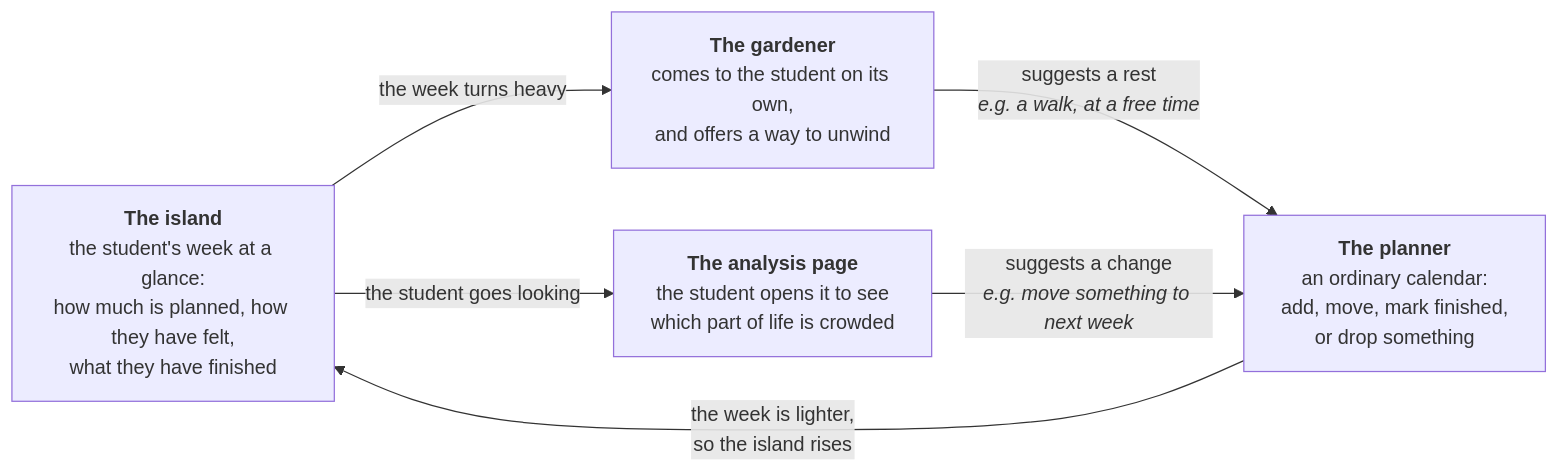
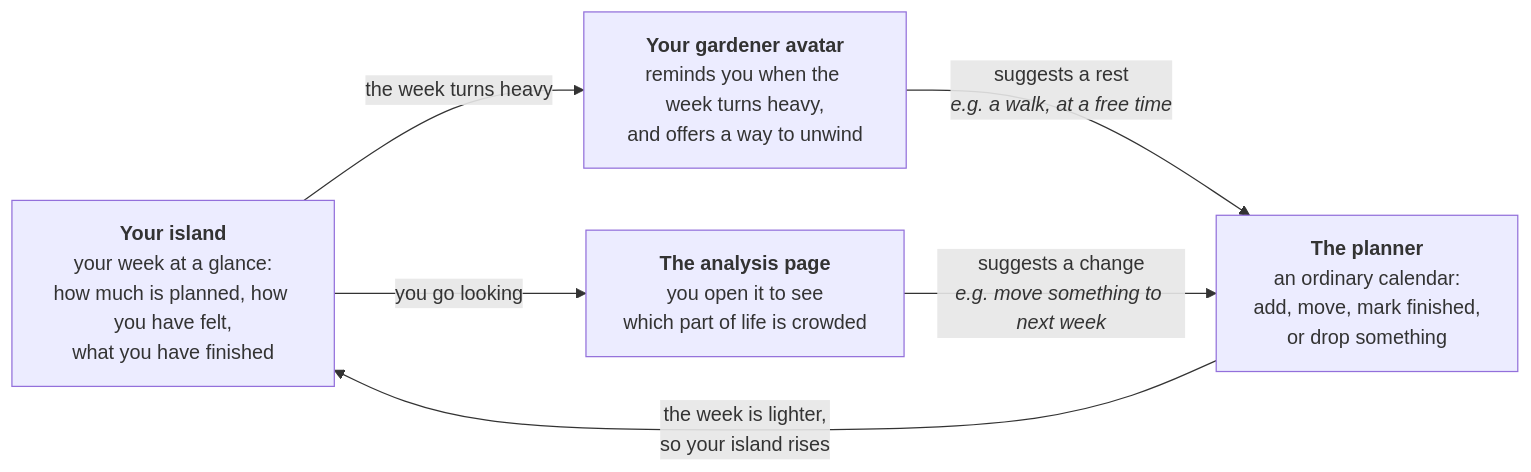
Before and after one commit to 25006675-png/Island_life: the first of 3 diagrams in README.md, drawn with Mermaid. The commit also changed other lines of this file, not shown here.

Commit message:
The loop speaks to the reader, matching the section around it

````diff
--- a/README.md
+++ b/README.md
@@ -314,13 +314,13 @@
 ```mermaid
 flowchart LR
-    Island["<b>The island</b><br/>the student's week at a glance:<br/>how much is planned, how they have felt,<br/>what they have finished"]
-    Gardener["<b>The gardener</b><br/>comes to the student on its own,<br/>and offers a way to unwind"]
-    Balance["<b>The analysis page</b><br/>the student opens it to see<br/>which part of life is crowded"]
+    Island["<b>Your island</b><br/>your week at a glance:<br/>how much is planned, how you have felt,<br/>what you have finished"]
+    Gardener["<b>Your gardener avatar</b><br/>reminds you when the week turns heavy,<br/>and offers a way to unwind"]
+    Balance["<b>The analysis page</b><br/>you open it to see<br/>which part of life is crowded"]
     Planner["<b>The planner</b><br/>an ordinary calendar:<br/>add, move, mark finished,<br/>or drop something"]
 
     Island -- "the week turns heavy" --> Gardener
-    Island -- "the student goes looking" --> Balance
+    Island -- "you go looking" --> Balance
     Gardener -- "suggests a rest<br/><i>e.g. a walk, at a free time</i>" --> Planner
     Balance -- "suggests a change<br/><i>e.g. move something to next week</i>" --> Planner
-    Planner -- "the week is lighter,<br/>so the island rises" --> Island
+    Planner -- "the week is lighter,<br/>so your island rises" --> Island
 ```
````
